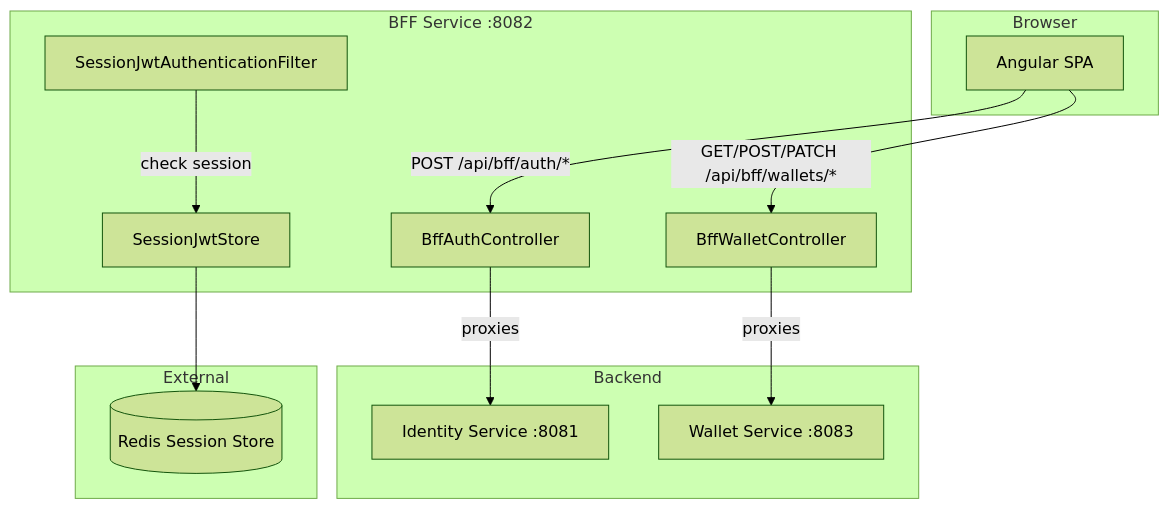
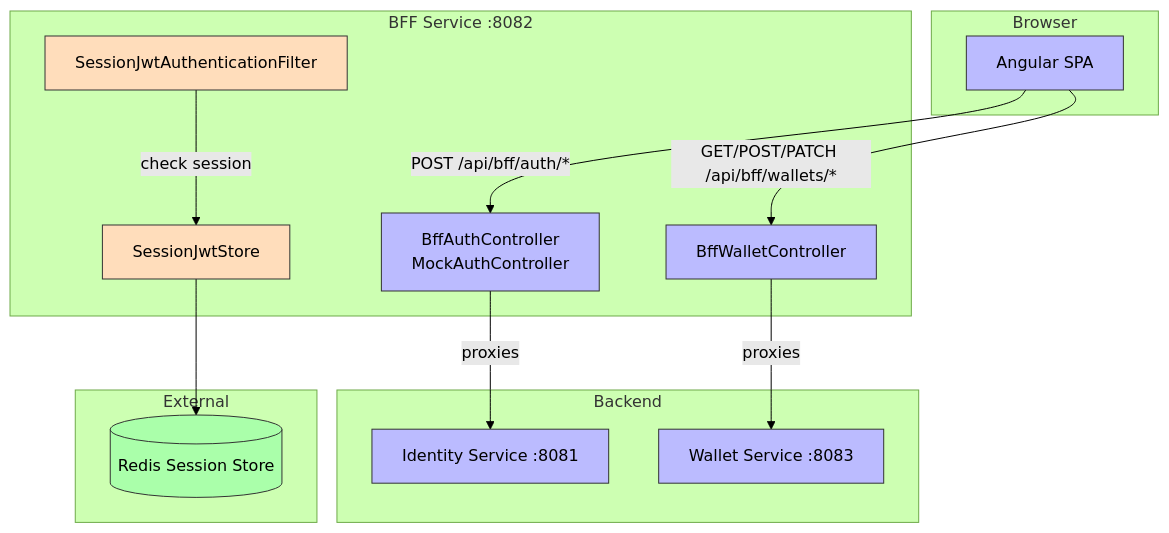
One commit to AlexAlvarezGallardo-GitHub/Aegis changed the first of 2 diagrams in docs/obsidian/01 - Services/BFF Service.md. Above: the diagram before and after it, drawn with Mermaid (forest theme). The commit also changed other lines of this file and 87 other files, not shown here.

````diff
--- a/docs/obsidian/01 - Services/BFF Service.md
+++ b/docs/obsidian/01 - Services/BFF Service.md
@@ -14,25 +14,33 @@
 ```mermaid
 graph TB
     subgraph Browser
         Angular[Angular SPA]
     end
     subgraph "BFF Service :8082"
-        AuthCtrl[BffAuthController]
+        AuthCtrl[BffAuthController<br/>MockAuthController]
         WalletCtrl[BffWalletController]
         JwtFilter[SessionJwtAuthenticationFilter]
         JwtStore[SessionJwtStore]
     end
     subgraph Backend
         Identity[Identity Service :8081]
         Wallet[Wallet Service :8083]
     end
     subgraph External
         Redis[(Redis Session Store)]
     end
     Angular -->|POST /api/bff/auth/*| AuthCtrl
     Angular -->|GET/POST/PATCH /api/bff/wallets/*| WalletCtrl
     JwtFilter -->|check session| JwtStore
     JwtStore --> Redis
     AuthCtrl -->|proxies| Identity
     WalletCtrl -->|proxies| Wallet
+    style Angular fill:#bbf,stroke:#333,color:#000
+    style Identity fill:#bbf,stroke:#333,color:#000
+    style Wallet fill:#bbf,stroke:#333,color:#000
+    style AuthCtrl fill:#bbf,stroke:#333,color:#000
+    style WalletCtrl fill:#bbf,stroke:#333,color:#000
+    style JwtFilter fill:#fdb,stroke:#333,color:#000
+    style JwtStore fill:#fdb,stroke:#333,color:#000
+    style Redis fill:#afa,stroke:#333,color:#000
 ```
````
